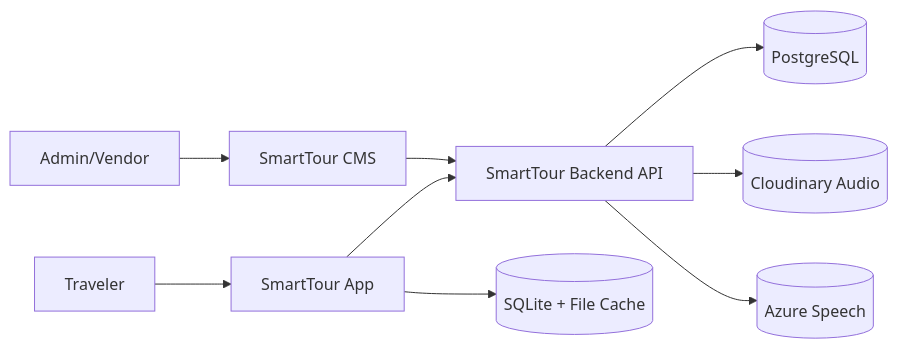
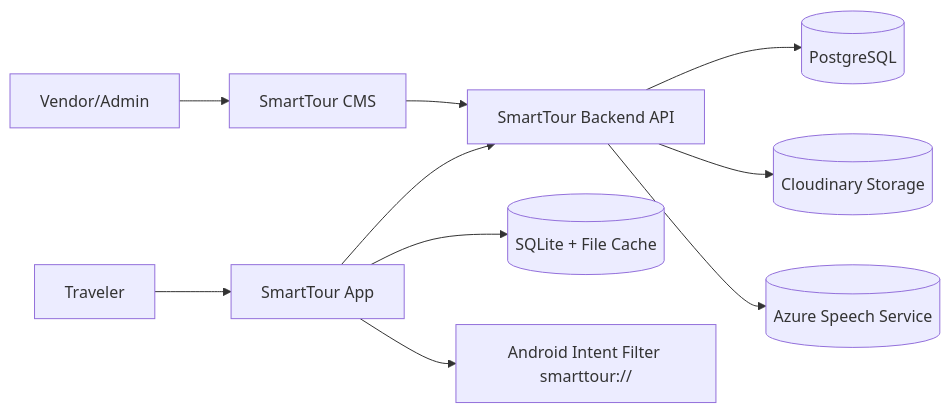
The first of 13 diagrams in PRD_SmartTour.md (EricHoang28092k5/SmartTour), drawn with Mermaid before and after one commit. The commit also changed other lines of this file, not shown here.

````diff
--- a/PRD_SmartTour.md
+++ b/PRD_SmartTour.md
@@ -109,11 +125,12 @@
 ```mermaid
 flowchart LR
-    U[Traveler] --> APP[SmartTour App]
-    A[Admin/Vendor] --> CMS[SmartTour CMS]
-    APP --> API[SmartTour Backend API]
+    Traveler[Traveler] --> App[SmartTour App]
+    Vendor[Vendor/Admin] --> CMS[SmartTour CMS]
+    App --> API[SmartTour Backend API]
     CMS --> API
-    API --> DB[(PostgreSQL)]
-    API --> CLD[(Cloudinary Audio)]
-    API --> TTS[(Azure Speech)]
-    APP --> CACHE[(SQLite + File Cache)]
+    API --> PG[(PostgreSQL)]
+    API --> Cloud[(Cloudinary Storage)]
+    API --> Azure[(Azure Speech Service)]
+    App --> Local[(SQLite + File Cache)]
+    App --> Android[Android Intent Filter smarttour://]
 ```
````
